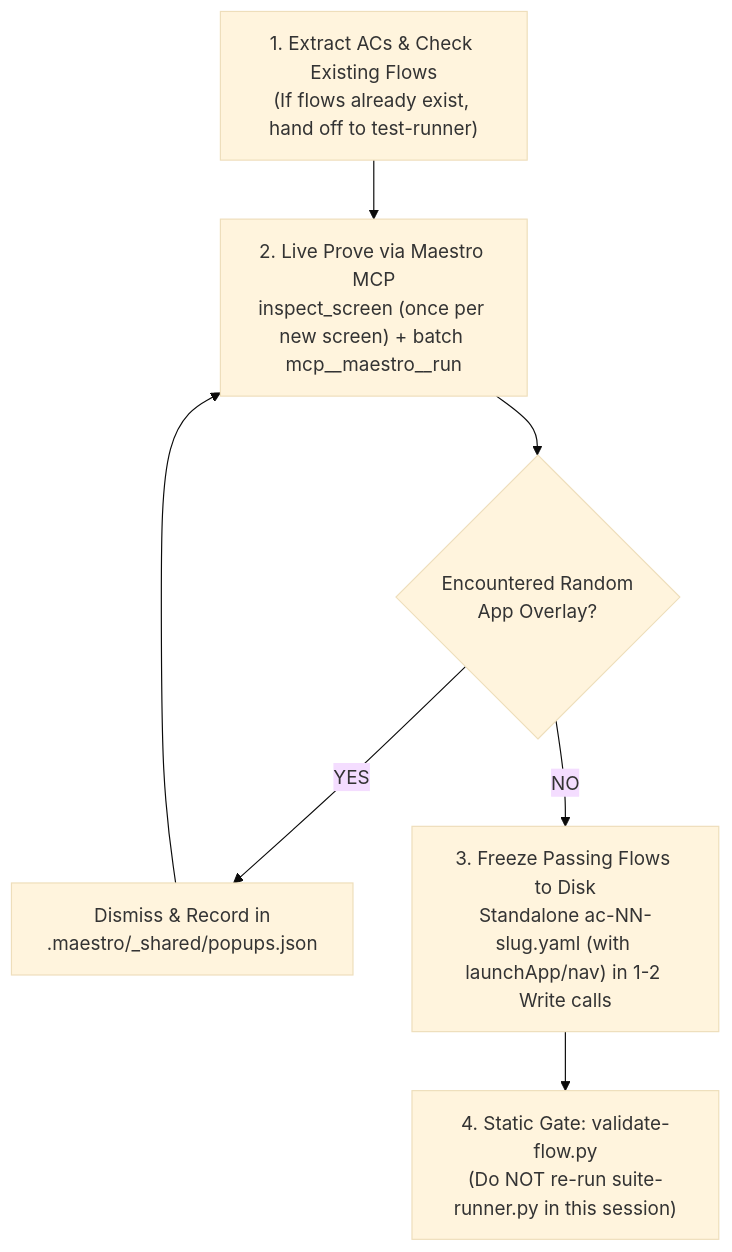
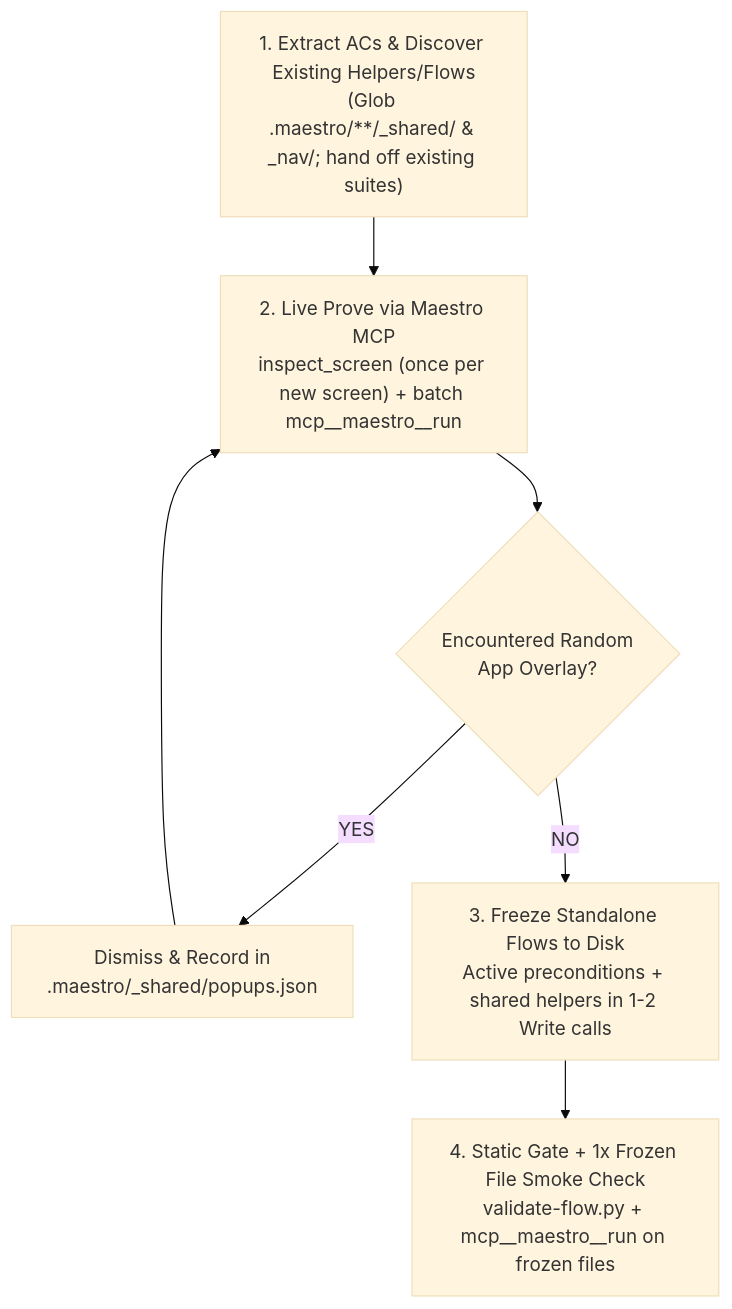
The diagram in skills/test-author/SKILL.md (yukido0205/android-agentic-sdlc), drawn with Mermaid (base theme) before and after one commit. The commit also changed other lines of this file and 2 other files, not shown here.

First line of the commit message:
fix(e2e): resolve post-R8 test-runner and test-author reliability gaps

````diff
--- a/skills/test-author/SKILL.md
+++ b/skills/test-author/SKILL.md
@@ -69,9 +75,9 @@
 ```mermaid
 flowchart TD
-    A["1. Extract ACs & Check Existing Flows<br/>(If flows already exist, hand off to test-runner)"] --> B["2. Live Prove via Maestro MCP<br/>inspect_screen (once per new screen) + batch mcp__maestro__run"]
+    A["1. Extract ACs & Discover Existing Helpers/Flows<br/>(Glob .maestro/**/_shared/ & _nav/; hand off existing suites)"] --> B["2. Live Prove via Maestro MCP<br/>inspect_screen (once per new screen) + batch mcp__maestro__run"]
     B --> C{"Encountered Random<br/>App Overlay?"}
     C -->|"YES"| D["Dismiss & Record in<br/>.maestro/_shared/popups.json"]
     D --> B
-    C -->|"NO"| E["3. Freeze Passing Flows to Disk<br/>Standalone ac-NN-slug.yaml (with launchApp/nav) in 1-2 Write calls"]
-    E --> F["4. Static Gate: validate-flow.py<br/>(Do NOT re-run suite-runner.py in this session)"]
+    C -->|"NO"| E["3. Freeze Standalone Flows to Disk<br/>Active preconditions + shared helpers in 1-2 Write calls"]
+    E --> F["4. Static Gate + 1x Frozen File Smoke Check<br/>validate-flow.py + mcp__maestro__run on frozen files"]
 ```
````
